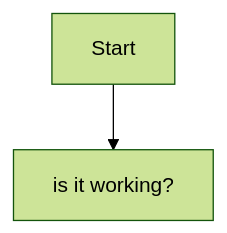
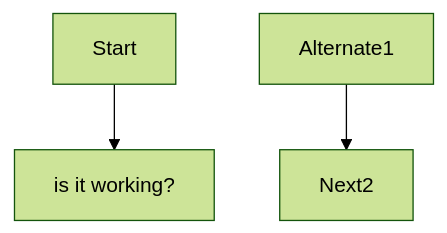
The diagram in Diagram.md (SMahabeer1/smahabeer1.github.io), drawn with Mermaid (forest theme) before and after one commit.

````diff
--- a/Diagram.md
+++ b/Diagram.md
@@ -1,5 +1,6 @@
 ```mermaid
 flowchart TD
  A[Start]-->B[is it working?]
+ C[Alternate1]-->D[Next2]
 
 ```
````
